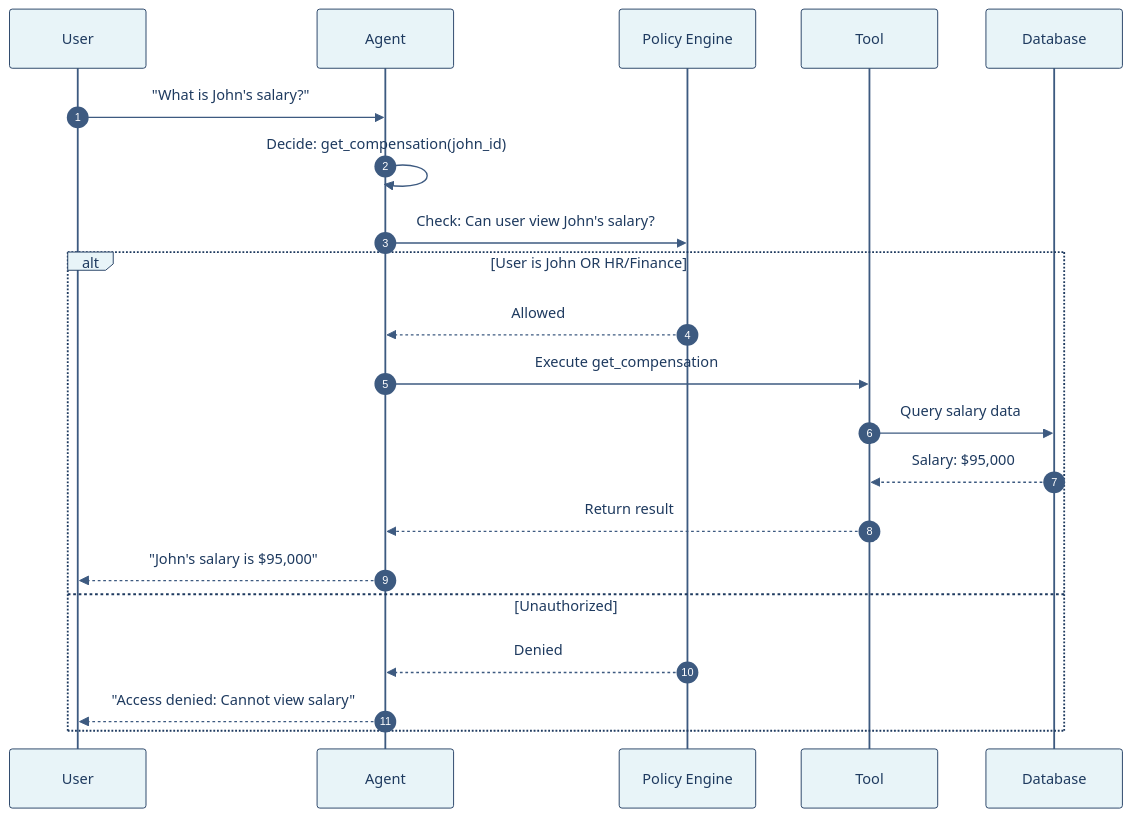
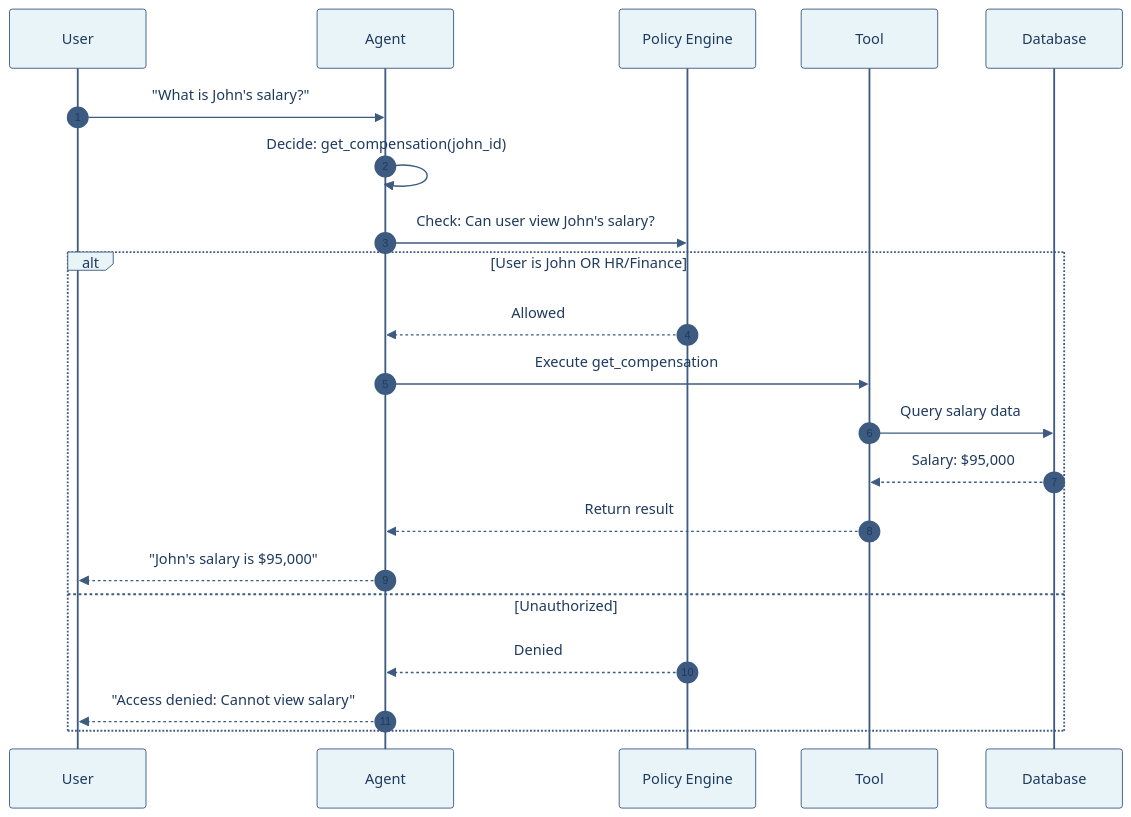
The fifth of 5 diagrams in ARCHITECTURE.md (ruthvik-jeev/hr-agent), drawn with Mermaid before and after one commit. The commit also changed other lines of this file and 2 other files, not shown here.

First line of the commit message:
fix: use light backgrounds for all diagram nodes and improve contrast

````diff
--- a/ARCHITECTURE.md
+++ b/ARCHITECTURE.md
@@ -288,49 +295,49 @@
 ```mermaid
 %%{init: {
   'theme': 'base',
   'themeVariables': {
     'primaryColor': '#e8f4f8',
     'primaryTextColor': '#1e3a5f',
-    'primaryBorderColor': '#1e3a5f',
+    'primaryBorderColor': '#3d5a80',
     'lineColor': '#3d5a80',
     'actorBkg': '#e8f4f8',
-    'actorBorder': '#1e3a5f',
+    'actorBorder': '#3d5a80',
     'actorTextColor': '#1e3a5f',
     'actorLineColor': '#3d5a80',
     'signalColor': '#3d5a80',
     'signalTextColor': '#1e3a5f',
     'labelTextColor': '#1e3a5f',
     'loopTextColor': '#1e3a5f',
     'noteTextColor': '#1e3a5f',
     'noteBkgColor': '#f7f9fc',
     'noteBorderColor': '#3d5a80',
     'activationBkgColor': '#e8f4f8',
-    'activationBorderColor': '#1e3a5f',
-    'sequenceNumberColor': '#ffffff'
+    'activationBorderColor': '#3d5a80',
+    'sequenceNumberColor': '#1e3a5f'
   }
 }}%%
 
 sequenceDiagram
     autonumber
     participant U as User
     participant A as Agent
     participant P as Policy Engine
     participant T as Tool
     participant D as Database
 
     U->>A: "What is John's salary?"
     A->>A: Decide: get_compensation(john_id)
     A->>P: Check: Can user view John's salary?
     
     alt User is John OR HR/Finance
         P-->>A: Allowed
         A->>T: Execute get_compensation
         T->>D: Query salary data
         D-->>T: Salary: $95,000
         T-->>A: Return result
         A-->>U: "John's salary is $95,000"
     else Unauthorized
         P-->>A: Denied
         A-->>U: "Access denied: Cannot view salary"
     end
 ```
````
